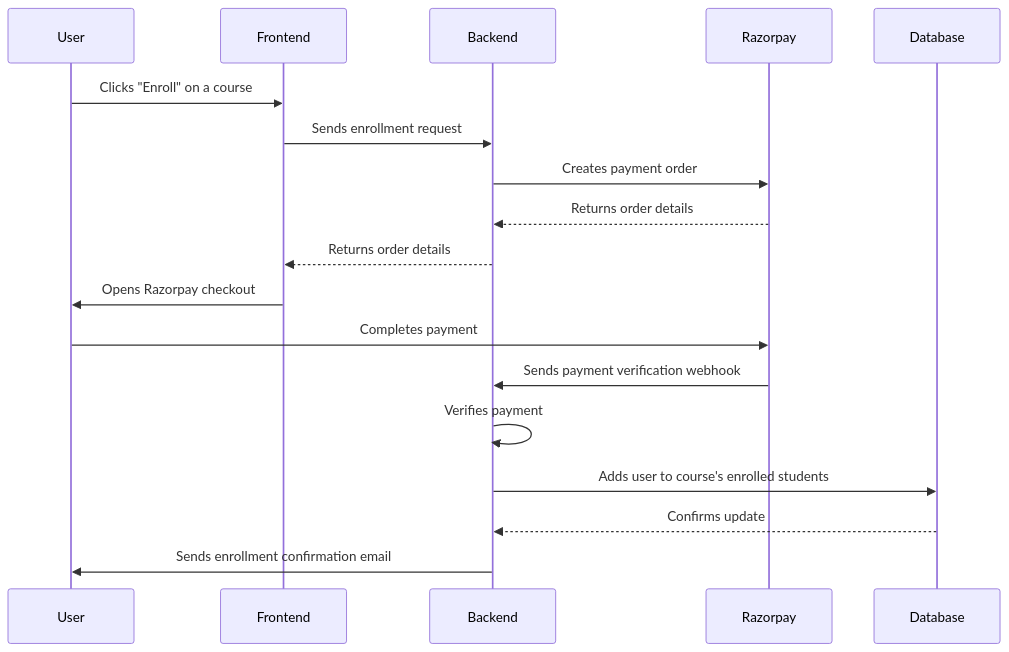
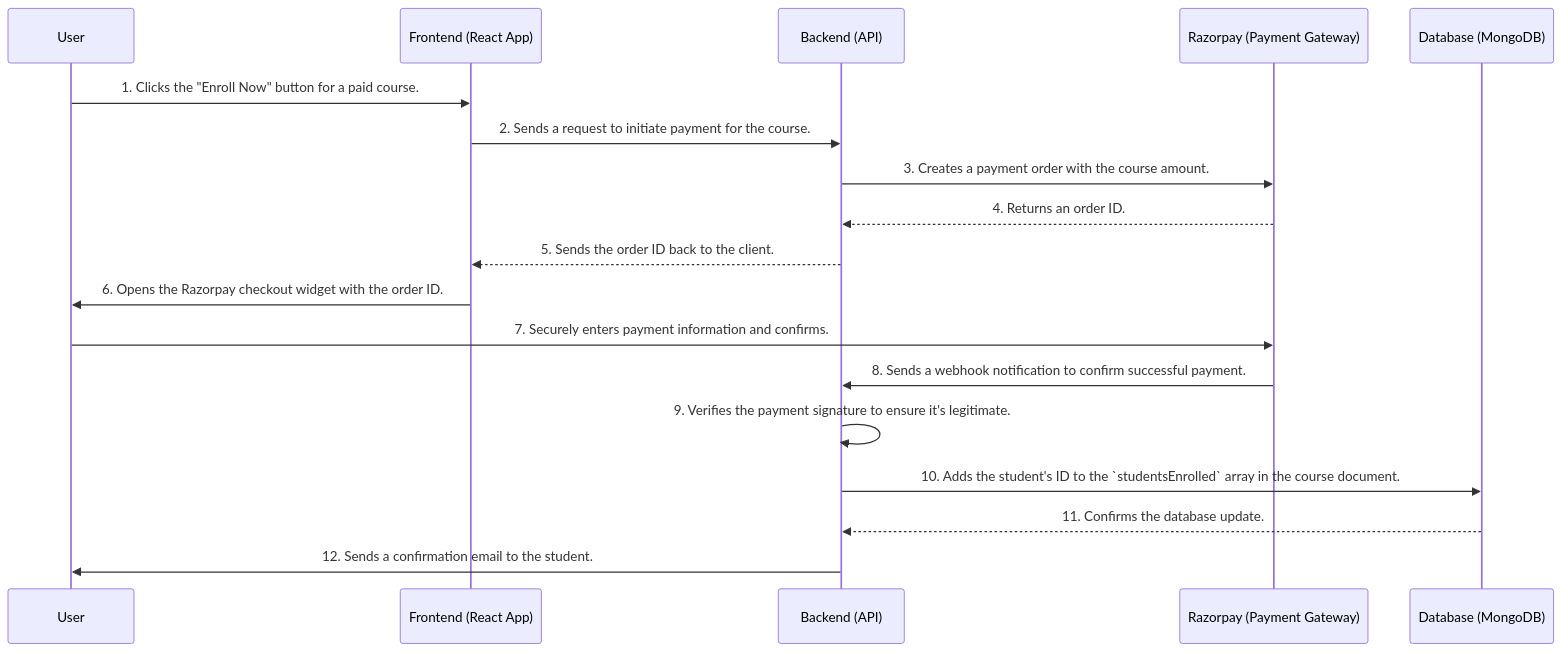
Before and after one commit to clzmateinfo-arch/ClzMate: the second of 2 diagrams in documentation/2_System_Design_Document.md, drawn with Mermaid. The commit also changed other lines of this file and 7 other files, not shown here.

````diff
--- a/documentation/2_System_Design_Document.md
+++ b/documentation/2_System_Design_Document.md
@@ -79,21 +84,21 @@
 ```mermaid
 sequenceDiagram
     participant User
-    participant Frontend
-    participant Backend
-    participant Razorpay
-    participant Database
+    participant Frontend (React App)
+    participant Backend (API)
+    participant Razorpay (Payment Gateway)
+    participant Database (MongoDB)
 
-    User->>Frontend: Clicks "Enroll" on a course
-    Frontend->>Backend: Sends enrollment request
-    Backend->>Razorpay: Creates payment order
-    Razorpay-->>Backend: Returns order details
-    Backend-->>Frontend: Returns order details
-    Frontend->>User: Opens Razorpay checkout
-    User->>Razorpay: Completes payment
-    Razorpay->>Backend: Sends payment verification webhook
-    Backend->>Backend: Verifies payment
-    Backend->>Database: Adds user to course's enrolled students
-    Database-->>Backend: Confirms update
-    Backend->>User: Sends enrollment confirmation email
+    User->>Frontend (React App): 1. Clicks the "Enroll Now" button for a paid course.
+    Frontend (React App)->>Backend (API): 2. Sends a request to initiate payment for the course.
+    Backend (API)->>Razorpay (Payment Gateway): 3. Creates a payment order with the course amount.
+    Razorpay (Payment Gateway)-->>Backend (API): 4. Returns an order ID.
+    Backend (API)-->>Frontend (React App): 5. Sends the order ID back to the client.
+    Frontend (React App)->>User: 6. Opens the Razorpay checkout widget with the order ID.
+    User->>Razorpay (Payment Gateway): 7. Securely enters payment information and confirms.
+    Razorpay (Payment Gateway)->>Backend (API): 8. Sends a webhook notification to confirm successful payment.
+    Backend (API)->>Backend (API): 9. Verifies the payment signature to ensure it's legitimate.
+    Backend (API)->>Database (MongoDB): 10. Adds the student's ID to the `studentsEnrolled` array in the course document.
+    Database (MongoDB)-->>Backend (API): 11. Confirms the database update.
+    Backend (API)->>User: 12. Sends a confirmation email to the student.
 ```
````
